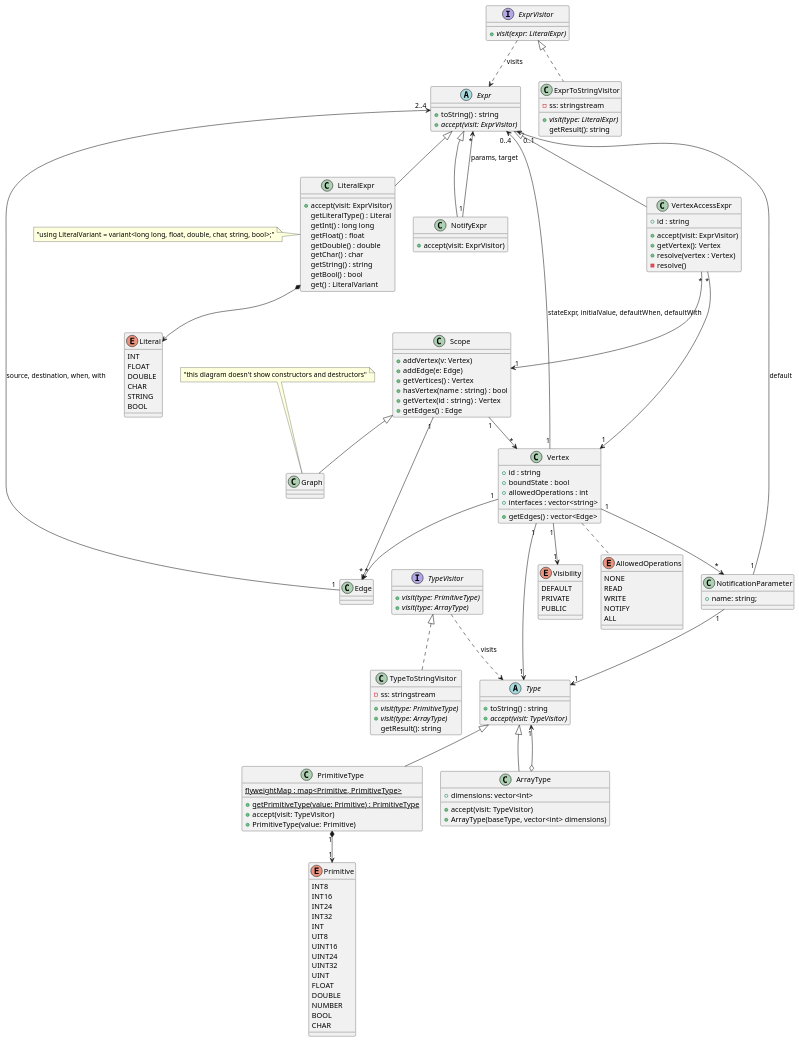
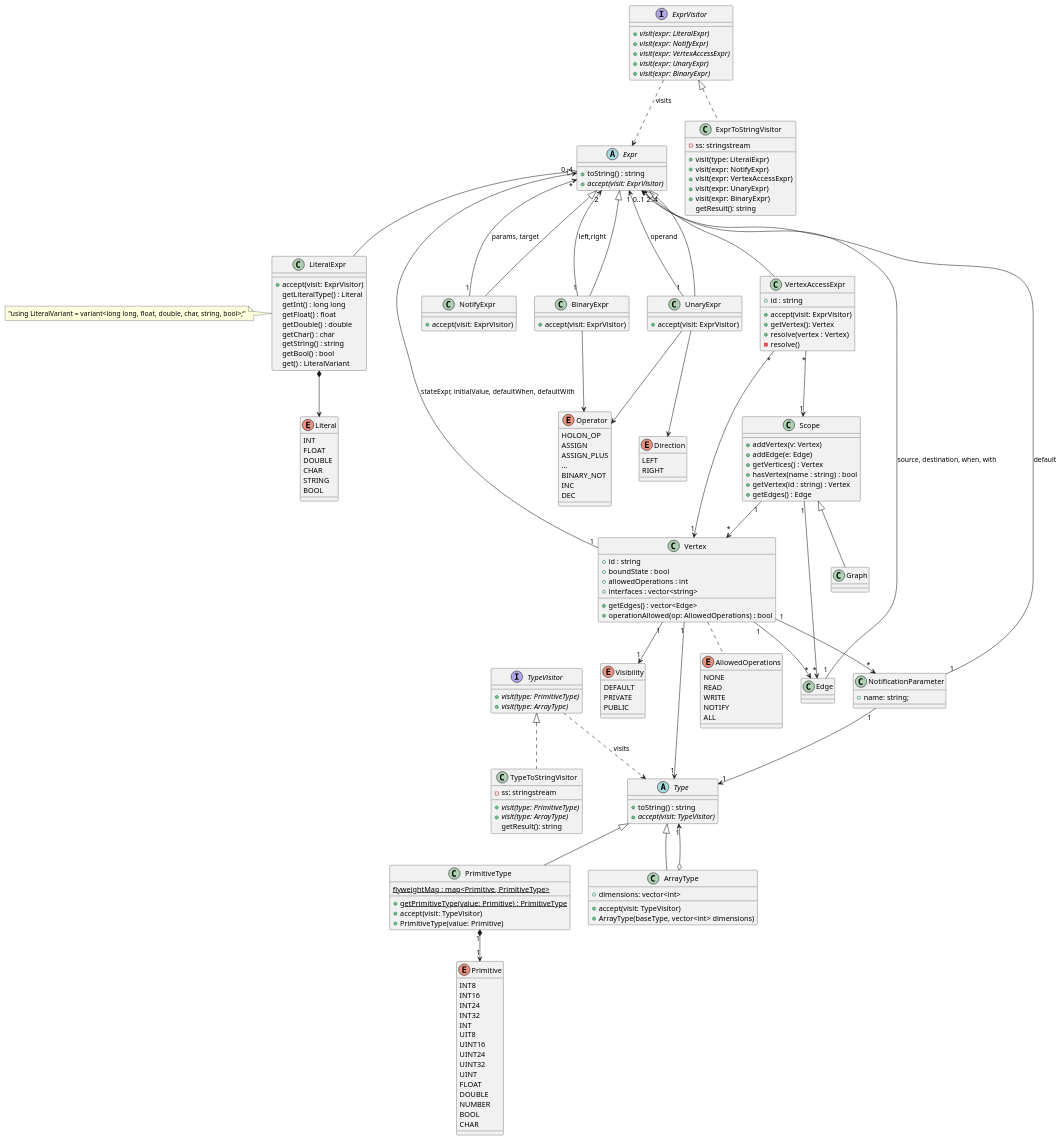
Before and after one commit to LucasEBSkora/Gnocchi: the diagram in specification and models/ENGraphClassDiagram.puml, drawn with PlantUML. The commit also changed 14 other files, not shown here.

Commit message:
add unary and binary expressions

```diff
--- a/specification and models/ENGraphClassDiagram.puml
+++ b/specification and models/ENGraphClassDiagram.puml
@@ -103,17 +103,54 @@
 
 NotifyExpr "1" --> "*" Expr : params, target
 
+class UnaryExpr extends Expr {
+  + accept(visit: ExprVisitor)
+}
 
+UnaryExpr "1" --> "1" Expr : operand
+UnaryExpr --> Direction
+UnaryExpr --> Operator
+
+enum Direction {
+  LEFT
+  RIGHT
+}
+
+class BinaryExpr extends Expr {
+  + accept(visit: ExprVisitor)
+}
+
+BinaryExpr "1" --> "2" Expr : left,right
+BinaryExpr --> Operator
+
+
+enum Operator {
+  HOLON_OP
+  ASSIGN
+  ASSIGN_PLUS
+  ...
+  BINARY_NOT
+  INC
+  DEC
+}
 
 interface ExprVisitor {
   {abstract} + visit(expr: LiteralExpr)
+  {abstract} + visit(expr: NotifyExpr)
+  {abstract} + visit(expr: VertexAccessExpr)
+  {abstract} + visit(expr: UnaryExpr)
+  {abstract} + visit(expr: BinaryExpr)
 }
 
 ExprVisitor ..> Expr : visits
 
 class ExprToStringVisitor implements ExprVisitor {
   - ss: stringstream
-  {abstract} + visit(type: LiteralExpr)
+  + visit(type: LiteralExpr)
+  + visit(expr: NotifyExpr)
+  + visit(expr: VertexAccessExpr)
+  + visit(expr: UnaryExpr)
+  + visit(expr: BinaryExpr)
   getResult(): string
 }
 
@@ -153,6 +190,7 @@
   + allowedOperations : int
   + interfaces : vector<string>
   + getEdges() : vector<Edge>
+  + operationAllowed(op: AllowedOperations) : bool
 }
 
 Vertex "1" --> "1" Visibility
@@ -173,6 +211,4 @@
 NotificationParameter "1" --> "1" Type
 NotificationParameter "1" --> "0..1" Expr : default
 
-note top of Graph : "this diagram doesn't show constructors and destructors"
-
 @enduml
```
